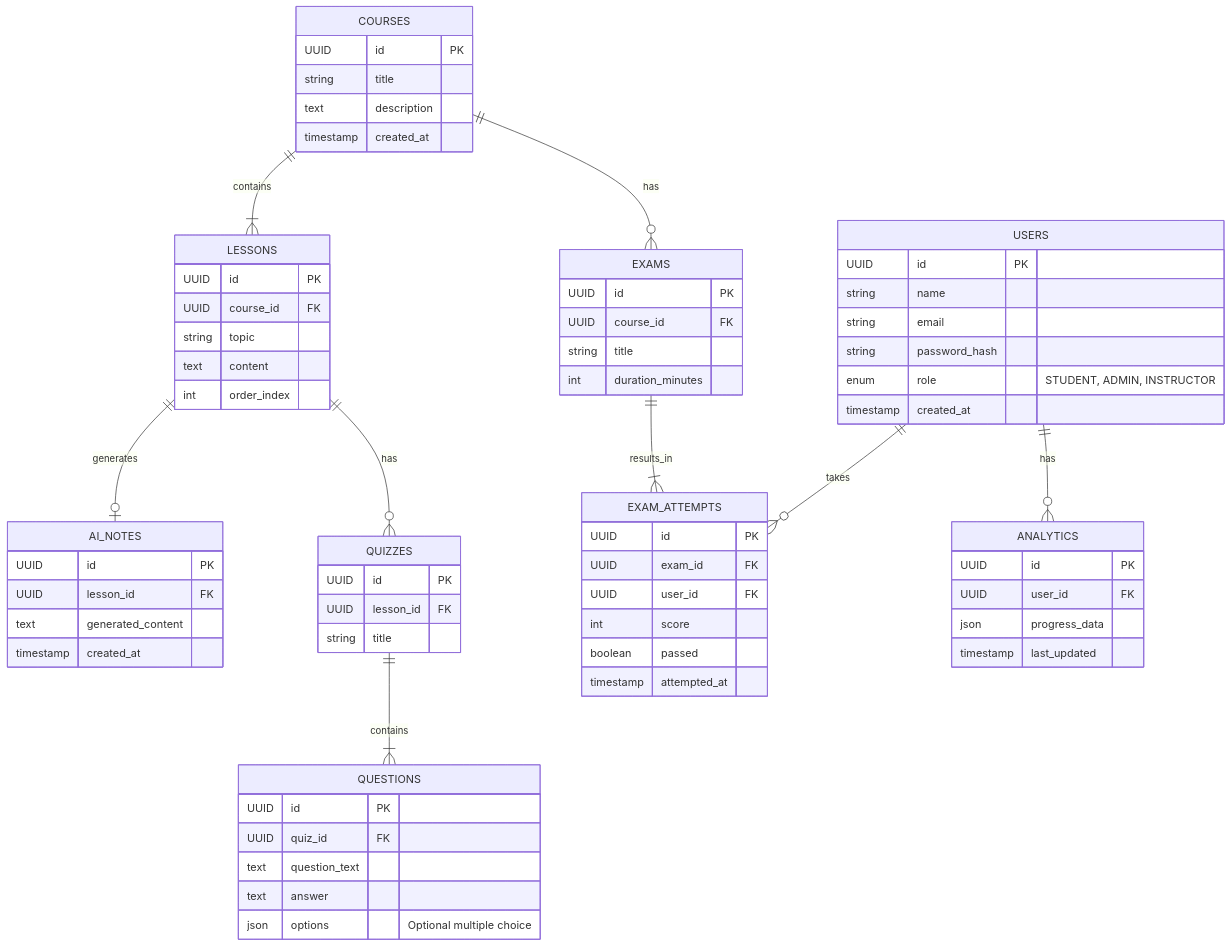
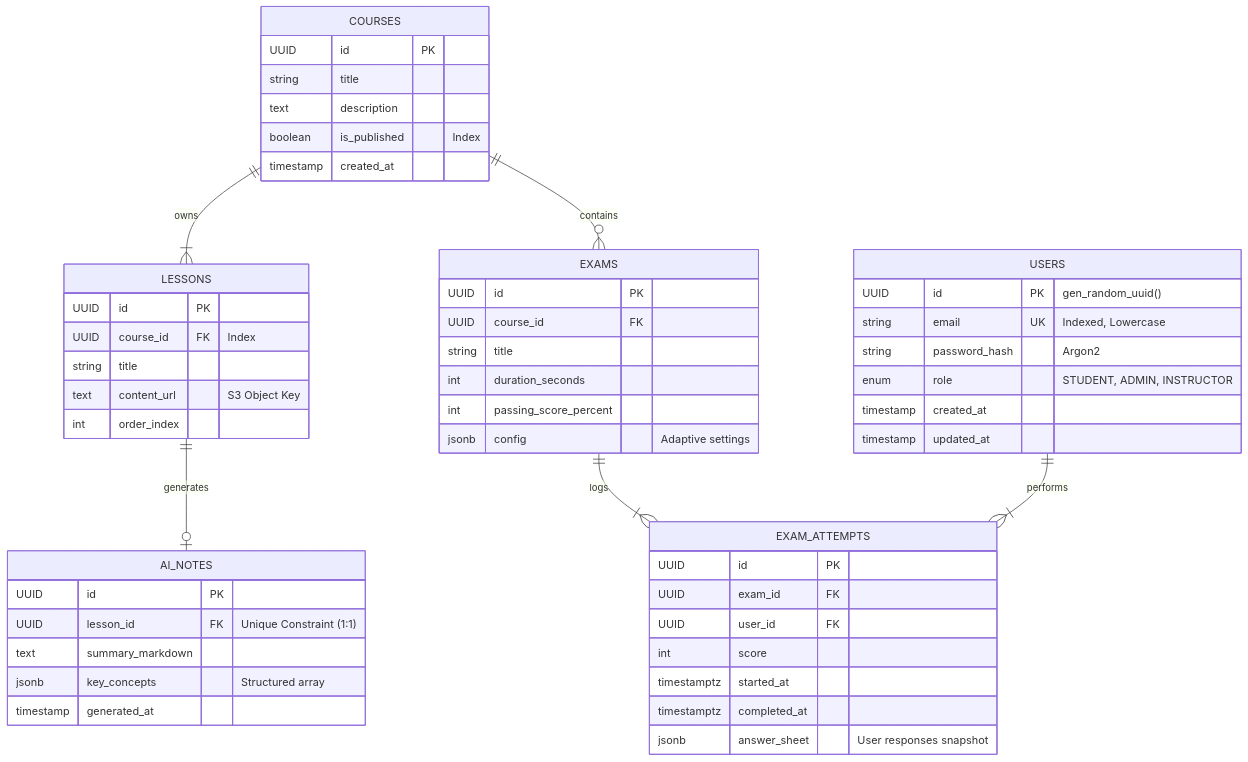
The diagram in docs/04_ER_Database_Model.md (suvendukungfu/ai-education-platform), drawn with Mermaid before and after one commit. The commit also changed other lines of this file and 6 other files, not shown here.

Commit message:
Docs: Major refactor for technical precision and architectural depth

````diff
--- a/docs/04_ER_Database_Model.md
+++ b/docs/04_ER_Database_Model.md
@@ -9,58 +15,49 @@
 ```mermaid
 erDiagram
-    %% User Management
+    %% Identity Management
     USERS {
-        UUID id PK
-        string name
-        string email
-        string password_hash
+        UUID id PK "gen_random_uuid()"
+        string email UK "Indexed, Lowercase"
+        string password_hash "Argon2"
         enum role "STUDENT, ADMIN, INSTRUCTOR"
         timestamp created_at
+        timestamp updated_at
     }
 
-    %% Course Management
+    %% Content Management
     COURSES {
         UUID id PK
         string title
         text description
+        boolean is_published "Index"
         timestamp created_at
     }
 
     LESSONS {
         UUID id PK
-        UUID course_id FK
-        string topic
-        text content
+        UUID course_id FK "Index"
+        string title
+        text content_url "S3 Object Key"
         int order_index
     }
 
+    %% AI Artifacts
     AI_NOTES {
         UUID id PK
-        UUID lesson_id FK
-        text generated_content
-        timestamp created_at
+        UUID lesson_id FK "Unique Constraint (1:1)"
+        text summary_markdown
+        jsonb key_concepts "Structured array"
+        timestamp generated_at
     }
 
-    %% Assessments
-    QUIZZES {
-        UUID id PK
-        UUID lesson_id FK
-        string title
-    }
-
-    QUESTIONS {
-        UUID id PK
-        UUID quiz_id FK
-        text question_text
-        text answer
-        json options "Optional multiple choice"
-    }
-
+    %% Assessment Domain
     EXAMS {
         UUID id PK
         UUID course_id FK
         string title
-        int duration_minutes
+        int duration_seconds
+        int passing_score_percent
+        jsonb config "Adaptive settings"
     }
 
     EXAM_ATTEMPTS {
@@ -68,29 +65,15 @@
         UUID exam_id FK
         UUID user_id FK
         int score
-        boolean passed
-        timestamp attempted_at
-    }
-
-    %% Analytics
-    ANALYTICS {
-        UUID id PK
-        UUID user_id FK
-        json progress_data
-        timestamp last_updated
+        timestamptz started_at
+        timestamptz completed_at
+        jsonb answer_sheet "User responses snapshot"
     }
 
     %% Relationships
-    USERS ||--o{ EXAM_ATTEMPTS : takes
-    USERS ||--o{ ANALYTICS : has
-
-    COURSES ||--|{ LESSONS : contains
-    COURSES ||--o{ EXAMS : has
-
-    LESSONS ||--o{ QUIZZES : has
+    COURSES ||--|{ LESSONS : owns
     LESSONS ||--o| AI_NOTES : generates
-
-    QUIZZES ||--|{ QUESTIONS : contains
-
-    EXAMS ||--|{ EXAM_ATTEMPTS : results_in
+    COURSES ||--o{ EXAMS : contains
+    EXAMS ||--|{ EXAM_ATTEMPTS : logs
+    USERS ||--|{ EXAM_ATTEMPTS : performs
 ```
````
